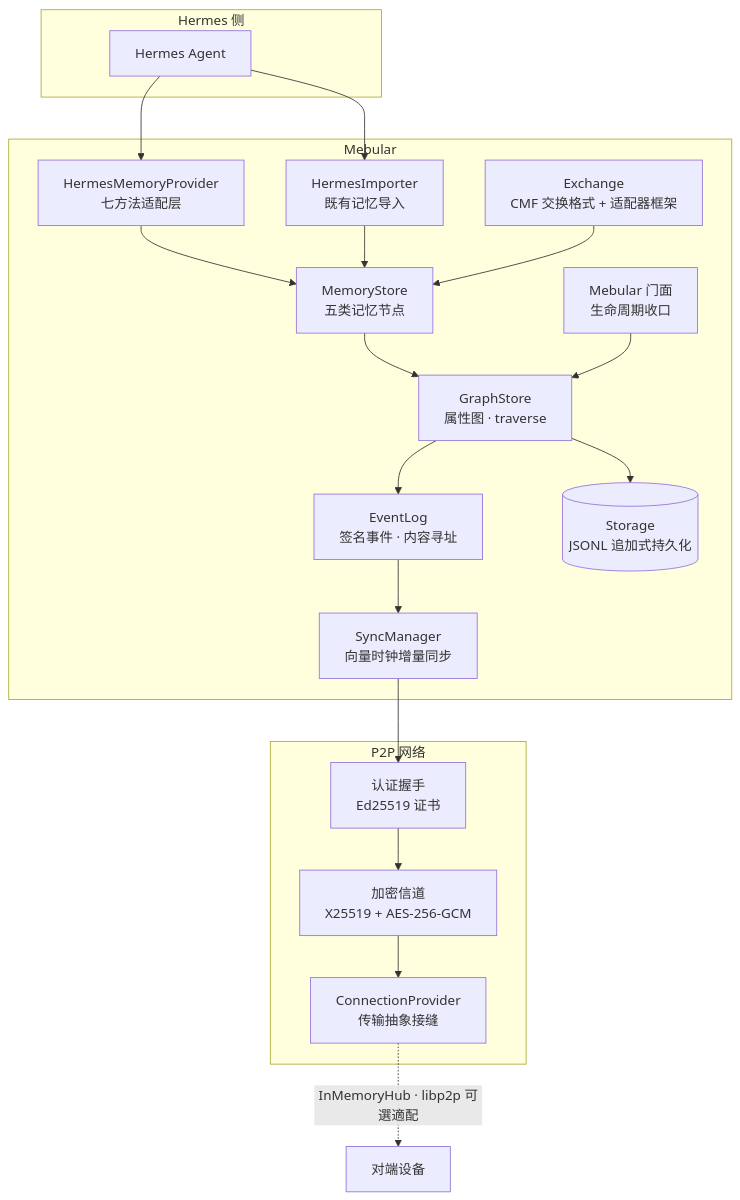
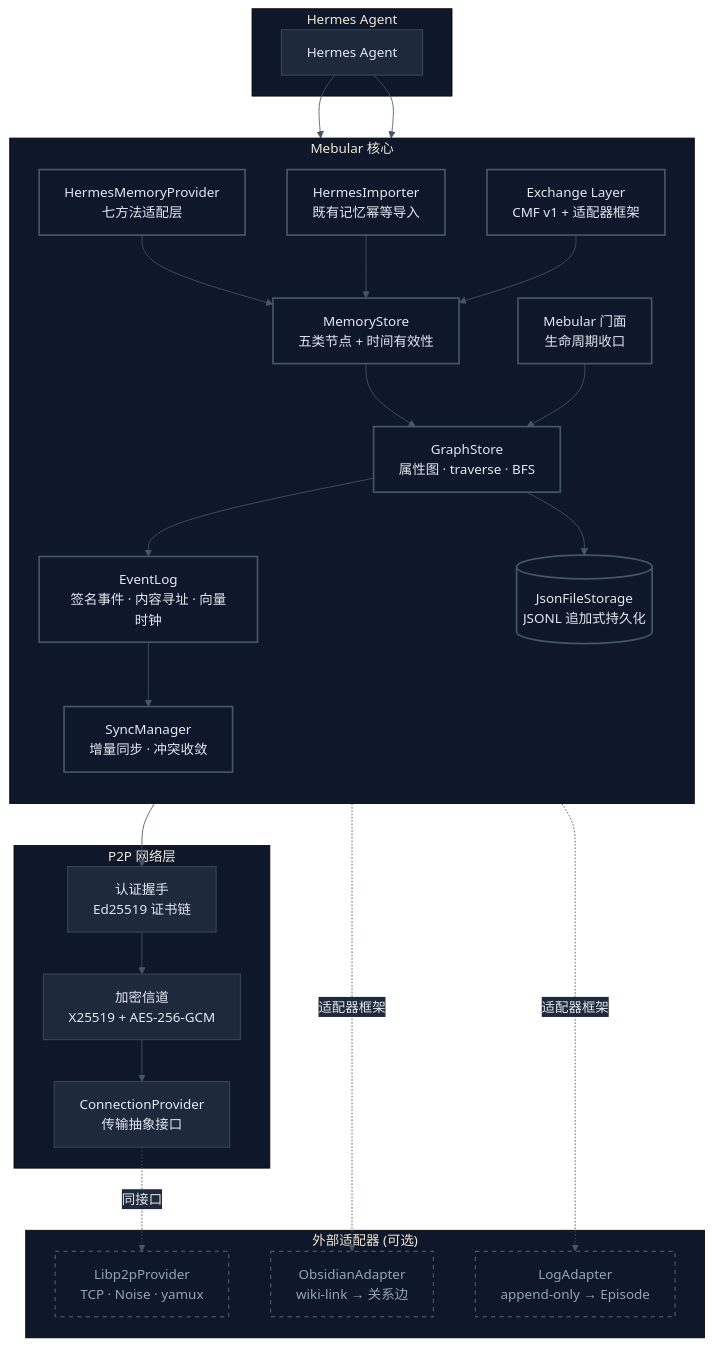
One commit to Windsander/Mebular changed the diagram in README.md. Above: the diagram before and after it, drawn with Mermaid. The commit also changed other lines of this file, not shown here.

Commit message:
docs(readme): 重写——7 段单一漏斗 + 深色主题架构图 + 诚实项目状态

````diff
--- a/README.md
+++ b/README.md
@@ -84,39 +95,59 @@
 ```mermaid
-graph TD
-  subgraph SG0["Hermes 侧"]
-    H[Hermes Agent]
-  end
+%%{init: {'theme': 'base', 'themeVariables': { 'primaryColor': '#0f172a', 'primaryTextColor': '#e2e8f0', 'primaryBorderColor': '#334155', 'lineColor': '#475569', 'secondaryColor': '#1e293b', 'tertiaryColor': '#0f172a' }}}%%
+graph TB
+    classDef hermes fill:#1e293b,stroke:#334155,stroke-width:1.5px,color:#e2e8f0;
+    classDef core fill:#0f172a,stroke:#475569,stroke-width:2px,color:#e2e8f0;
+    classDef p2p fill:#1e293b,stroke:#334155,stroke-width:1.5px,color:#e2e8f0;
+    classDef ext fill:#0f172a,stroke:#64748b,stroke-width:1px,stroke-dasharray: 5 5,color:#94a3b8;
 
-  subgraph SG1["Mebular"]
-    M[Mebular 门面<br/>生命周期收口]
-    P[HermesMemoryProvider<br/>七方法适配层]
-    I[HermesImporter<br/>既有记忆导入]
-    MS[MemoryStore<br/>五类记忆节点]
-    EX[Exchange<br/>CMF 交换格式 + 适配器框架]
-    GS[GraphStore<br/>属性图 · traverse]
-    EL[EventLog<br/>签名事件 · 内容寻址]
-    SM[SyncManager<br/>向量时钟增量同步]
-    ST[(Storage<br/>JSONL 追加式持久化)]
-  end
+    subgraph SG_HERMES["Hermes Agent"]
+        H[Hermes Agent]
+    end
 
-  subgraph SG2["P2P 网络"]
-    HS[认证握手<br/>Ed25519 证书]
-    SC[加密信道<br/>X25519 + AES-256-GCM]
-    TP[ConnectionProvider<br/>传输抽象接缝]
-  end
+    subgraph SG_MEBULAR["Mebular 核心"]
+        direction TB
+        M[Mebular 门面<br/>生命周期收口]
+        P[HermesMemoryProvider<br/>七方法适配层]
+        I[HermesImporter<br/>既有记忆幂等导入]
+        MS[MemoryStore<br/>五类节点 + 时间有效性]
+        EX[Exchange Layer<br/>CMF v1 + 适配器框架]
+        GS[GraphStore<br/>属性图 · traverse · BFS]
+        EL[EventLog<br/>签名事件 · 内容寻址 · 向量时钟]
+        SM[SyncManager<br/>增量同步 · 冲突收敛]
+        ST[(JsonFileStorage<br/>JSONL 追加式持久化)]
+    end
 
-  H --> P
-  H --> I
-  P --> MS
-  I --> MS
-  MS --> GS
-  EX --> MS
-  M --> GS
-  GS --> EL
-  EL --> SM
-  SM --> HS
-  HS --> SC
-  SC --> TP
-  GS --> ST
-  TP -.->|InMemoryHub · libp2p 可選適配| Peer[对端设备]
+    subgraph SG_P2P["P2P 网络层"]
+        HS[认证握手<br/>Ed25519 证书链]
+        SC[加密信道<br/>X25519 + AES-256-GCM]
+        TP[ConnectionProvider<br/>传输抽象接口]
+    end
+
+    subgraph SG_EXT["外部适配器 (可选)"]
+        LP[Libp2pProvider<br/>TCP · Noise · yamux]
+        OB[ObsidianAdapter<br/>wiki-link → 关系边]
+        LG[LogAdapter<br/>append-only → Episode]
+    end
+
+    H --> P
+    H --> I
+    P --> MS
+    I --> MS
+    MS --> GS
+    EX --> MS
+    M --> GS
+    GS --> EL
+    EL --> SM
+    SM --> HS
+    HS --> SC
+    SC --> TP
+    GS --> ST
+    TP -.->|同接口| LP
+    EX -.->|适配器框架| OB
+    EX -.->|适配器框架| LG
+
+    class H hermes;
+    class M,P,I,MS,EX,GS,EL,SM,ST core;
+    class HS,SC,TP p2p;
+    class LP,OB,LG ext;
 ```
````
